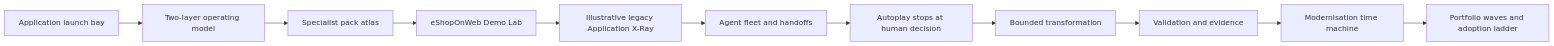
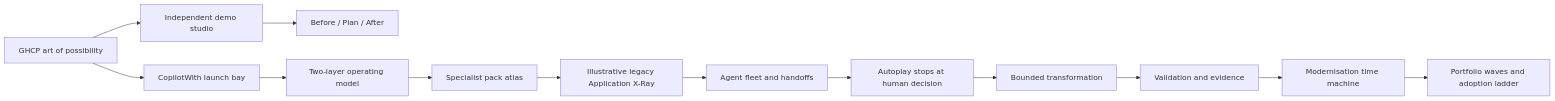
The first of 2 diagrams in docs/ARCHITECTURE.md (ravi0130/CopilotWith-RVAS), drawn with Mermaid before and after one commit. The commit also changed other lines of this file and 5 other files, not shown here.

Commit message:
Add GHCP opening and multi-demo studio

````diff
--- a/docs/ARCHITECTURE.md
+++ b/docs/ARCHITECTURE.md
@@ -9,13 +9,15 @@
 ```mermaid
 flowchart LR
-    M[Application launch bay] --> G[Two-layer operating model]
+    H[GHCP art of possibility] --> M[CopilotWith launch bay]
+    H --> D[Independent demo studio]
+    D --> B[Before / Plan / After]
+    M --> G[Two-layer operating model]
     G --> R[Specialist pack atlas]
-    R --> D[eShopOnWeb Demo Lab]
-    D --> X[Illustrative legacy Application X-Ray]
+    R --> X[Illustrative legacy Application X-Ray]
     X --> A[Agent fleet and handoffs]
     A --> P[Autoplay stops at human decision]
     P --> T[Bounded transformation]
     T --> E[Validation and evidence]
     E --> F[Modernisation time machine]
     F --> W[Portfolio waves and adoption ladder]
 ```
````
